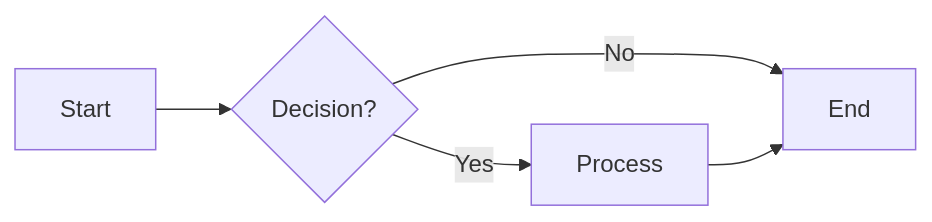
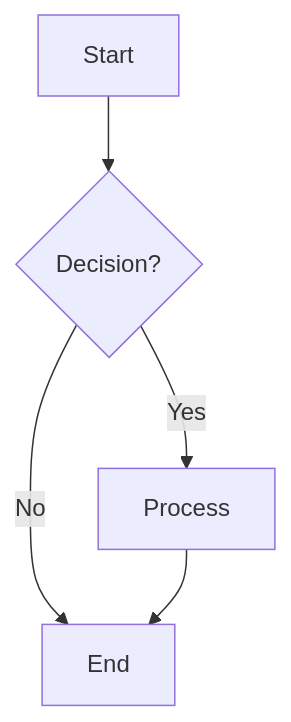
One commit to 1999AZZAR/mermaid-architect changed the first of 4 diagrams in references/syntax-guide.md. Above: the diagram before and after it, drawn with Mermaid. The commit also changed other lines of this file and 5 other files, not shown here.

````diff
--- a/references/syntax-guide.md
+++ b/references/syntax-guide.md
@@ -4,7 +17,7 @@
 ```mermaid
-flowchart LR
-    A[Start] --> B{Decision?}
-    B -- Yes --> C[Process]
-    B -- No --> D[End]
-    C --> D
+flowchart TD
+    startNode["Start"] --> decisionNode{"Decision?"}
+    decisionNode -->|Yes| processNode["Process"]
+    decisionNode -->|No| endNode["End"]
+    processNode --> endNode
 ```
````
